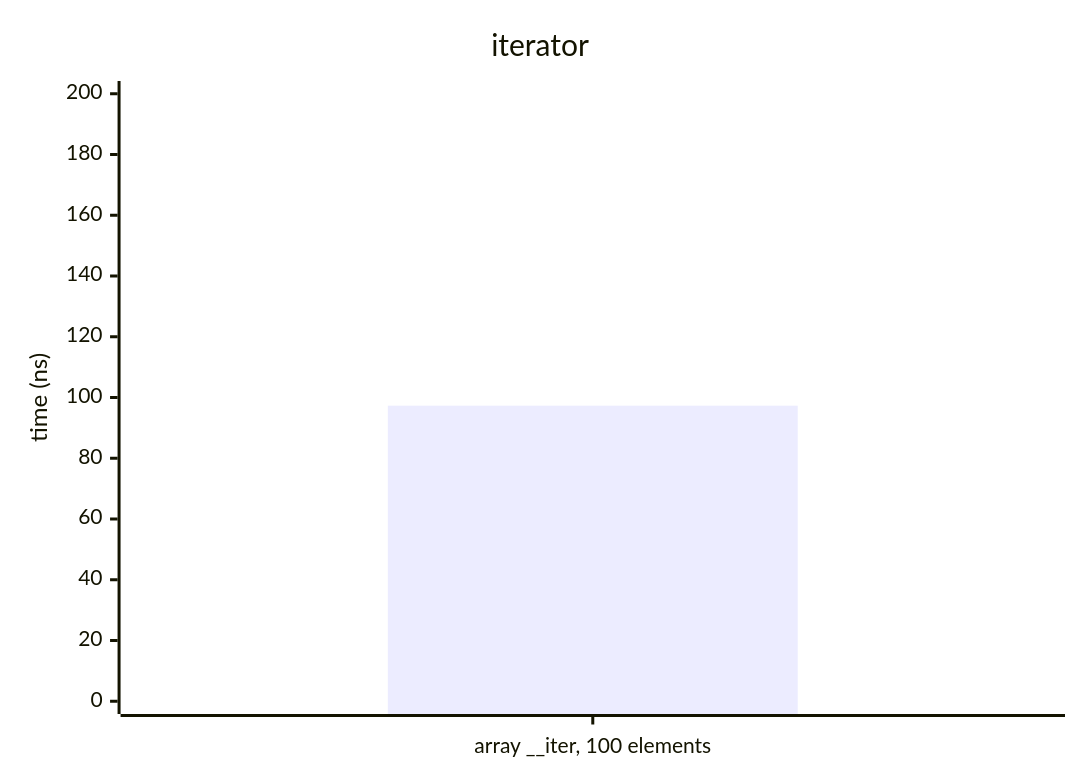
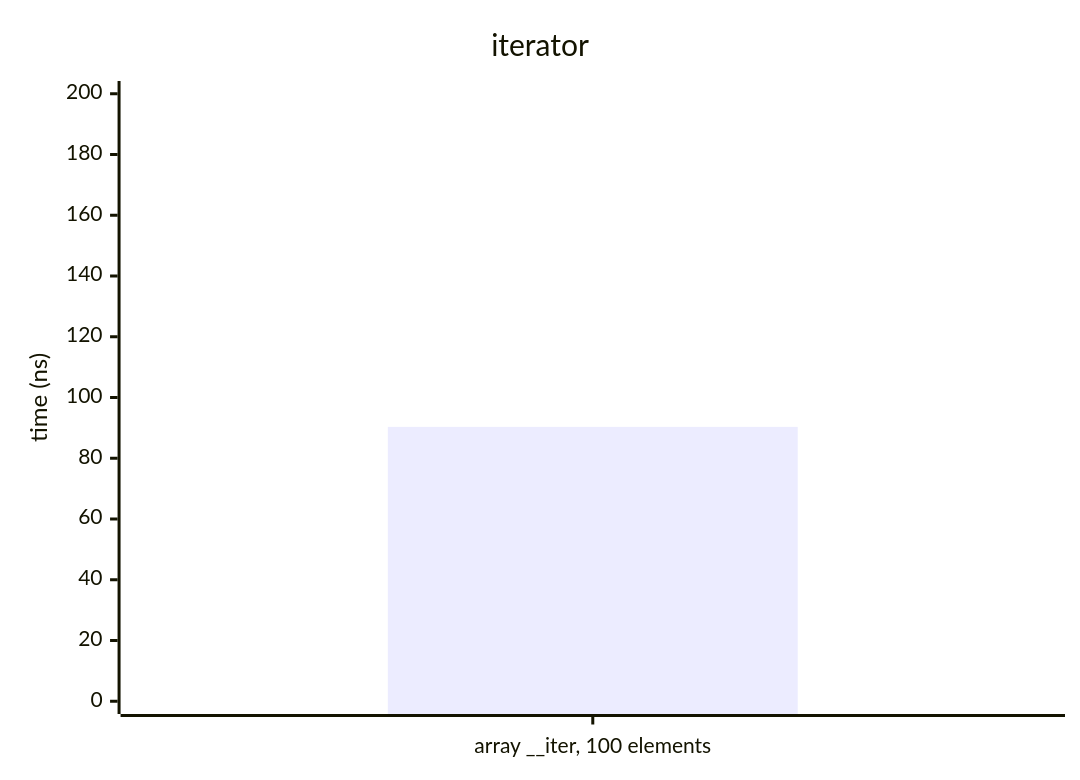
One commit to DreamWeave-MP/l3i changed the sixth of 7 diagrams in BENCHMARKS.md. Above: the diagram before and after it, drawn with Mermaid. The commit also changed other lines of this file and 2 other files, not shown here.

````diff
--- a/BENCHMARKS.md
+++ b/BENCHMARKS.md
@@ -90,7 +111,7 @@
 ```mermaid
 xychart-beta
     title "iterator"
     x-axis ["array __iter, 100 elements"]
     y-axis "time (ns)" 0 --> 200.00
-    bar [97.31]
+    bar [90.33]
 ```
````
